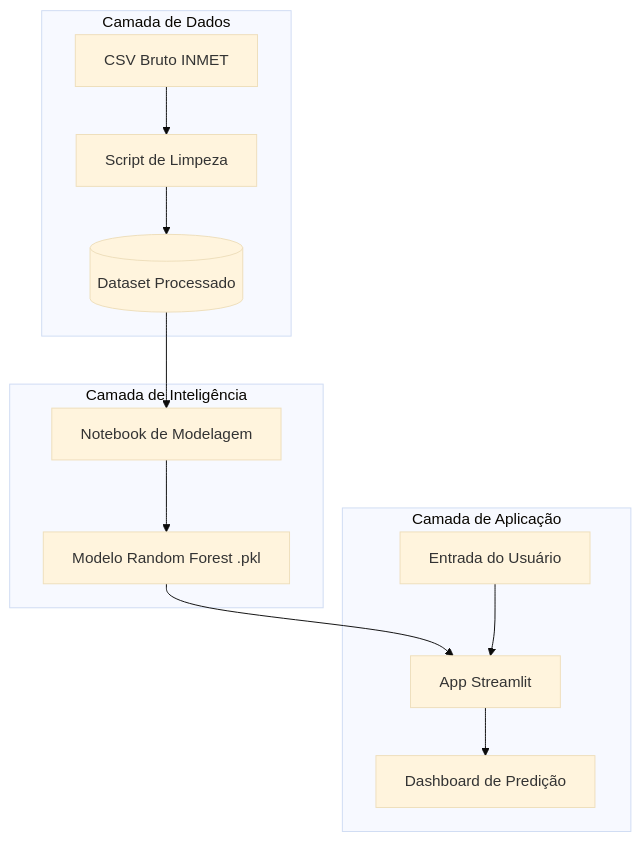
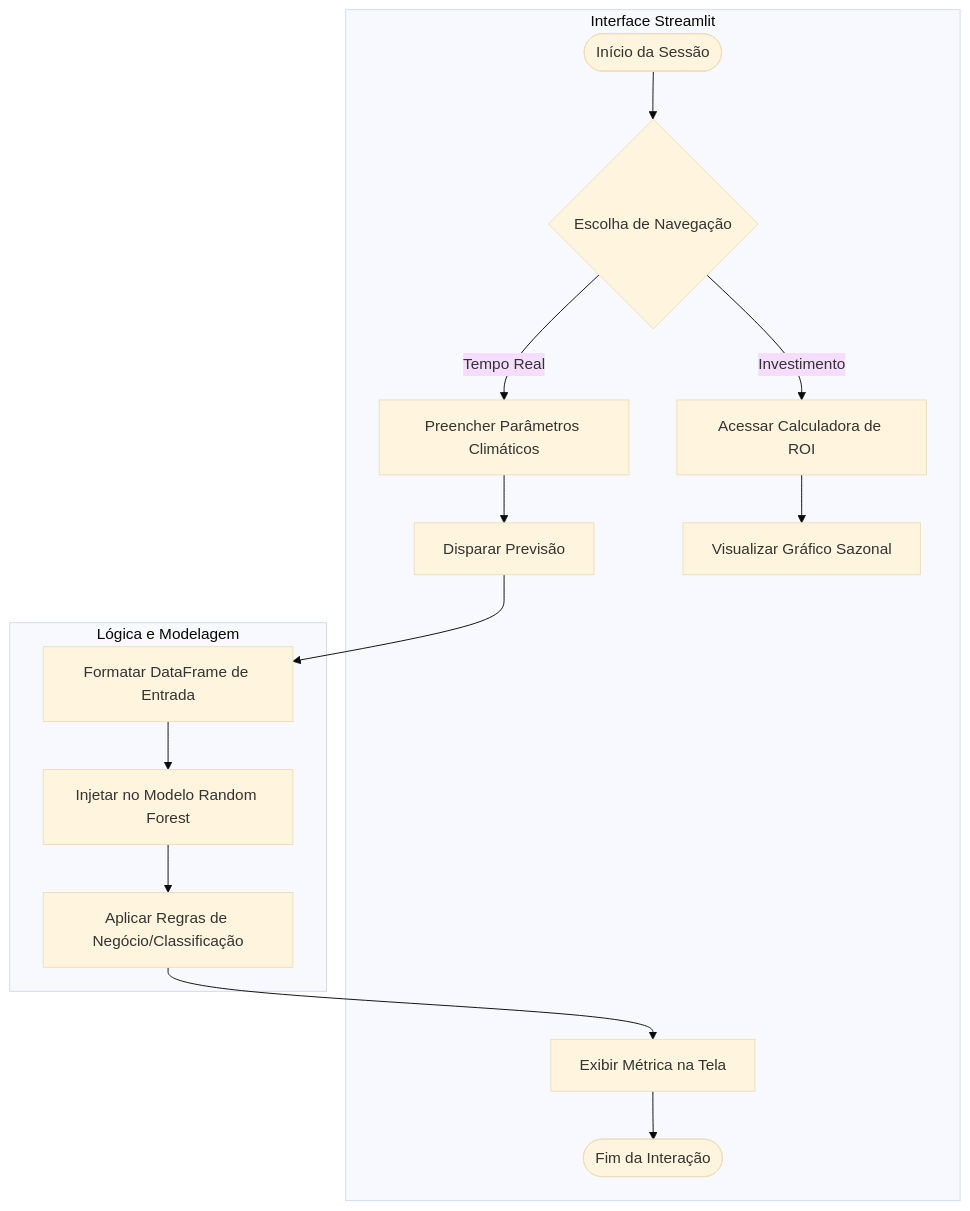
The second of 2 diagrams in docs/UML.md (MateusMelo6/TP01---Eng---Soft), drawn with Mermaid (base theme) before and after one commit. The commit also changed other lines of this file, not shown here.

Commit message:
Update UML diagrams for project documentation

````diff
--- a/docs/UML.md
+++ b/docs/UML.md
@@ -6,18 +42,20 @@
 ```mermaid
-graph TD
-    subgraph "Camada de Dados"
-        A[CSV Bruto INMET] --> B[Script de Limpeza]
-        B --> C[(Dataset Processado)]
+flowchart TD
+    subgraph Frontend [Interface Streamlit]
+        A([Início da Sessão]) --> B{Escolha de Navegação}
+        B -->|Tempo Real| C[Preencher Parâmetros Climáticos]
+        B -->|Investimento| D[Acessar Calculadora de ROI]
+        
+        C --> E[Disparar Previsão]
+        D --> F[Visualizar Gráfico Sazonal]
+        
+        J[Exibir Métrica na Tela] --> K([Fim da Interação])
     end
 
-    subgraph "Camada de Inteligência"
-        C --> D[Notebook de Modelagem]
-        D --> E[Modelo Random Forest .pkl]
-    end
-
-    subgraph "Camada de Aplicação"
-        E --> F[App Streamlit]
-        G[Entrada do Usuário] --> F
-        F --> H[Dashboard de Predição]
+    subgraph Backend [Lógica e Modelagem]
+        E --> G[Formatar DataFrame de Entrada]
+        G --> H[Injetar no Modelo Random Forest]
+        H --> I[Aplicar Regras de Negócio/Classificação]
+        I --> J
     end
 ```
````
